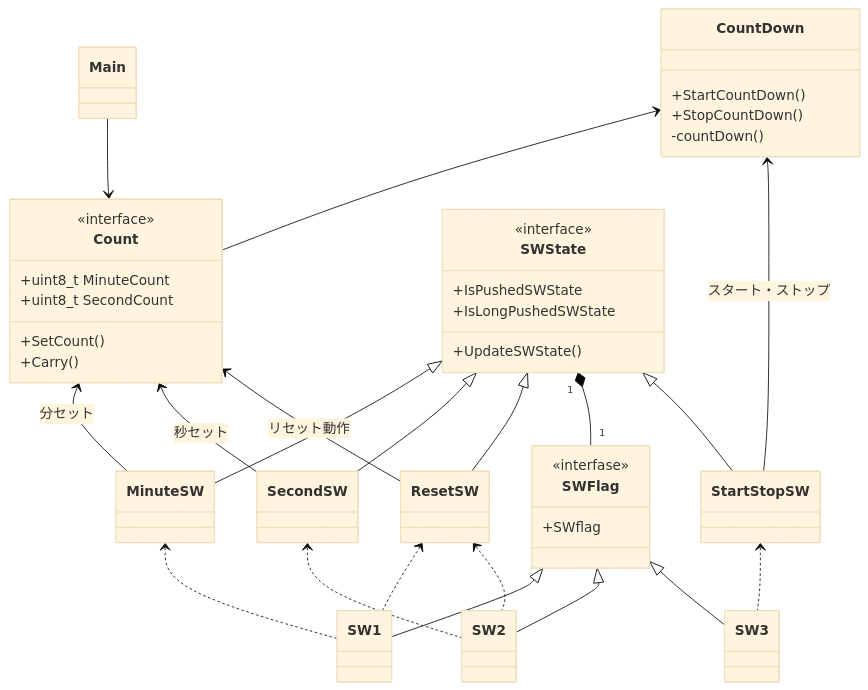
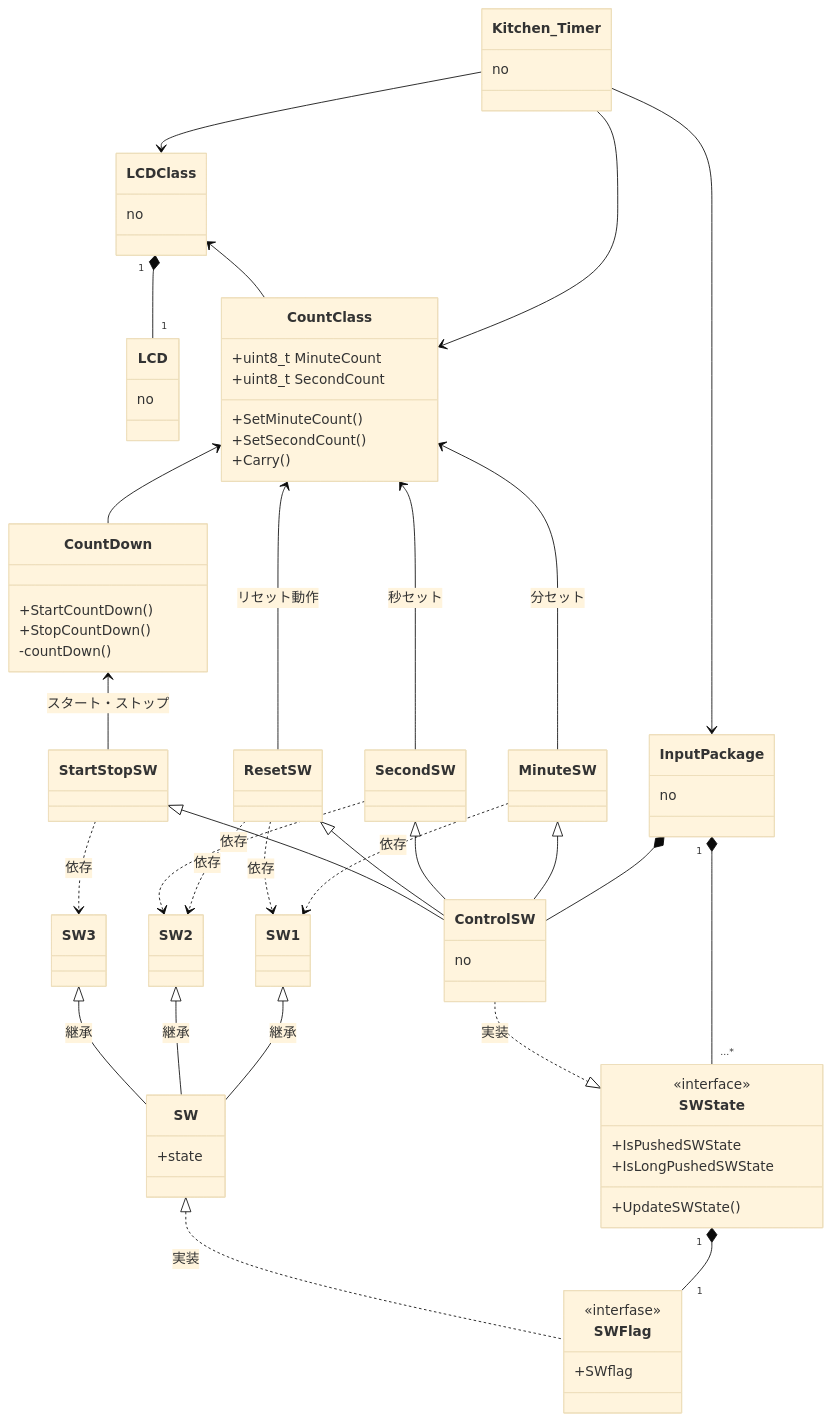
Before and after one commit to hakohumi/comp.Kitchen_Timer: the diagram in 資料/設計/クラス図_mermaid.md, drawn with Mermaid (base theme). The commit also changed 2 other files, not shown here.

Commit message:
今日の進捗

````diff
--- a/資料/設計/クラス図_mermaid.md
+++ b/資料/設計/クラス図_mermaid.md
@@ -4,16 +4,33 @@
 
 classDiagram
 
-class Main
+class Kitchen_Timer{
+    no
+}
 
-class Count{
-    <<interface>>
+
+class InputPackage{
+    no
+}
+class ControlSW{
+    no
+}
+class LCDClass{
+    no
+}
+class LCD{
+    no
+}
+
+class CountClass{
     +uint8_t MinuteCount
     +uint8_t SecondCount
 
-    +SetCount()
+    +SetMinuteCount()
+    +SetSecondCount()
     +Carry()
 }
+
 
 class CountDown{
     +StartCountDown()
@@ -25,7 +42,7 @@
     <<interface>>
     +IsPushedSWState
     +IsLongPushedSWState
-    
+
     +UpdateSWState()
 }
 
@@ -34,31 +51,57 @@
     +SWflag
 }
 
-Main --> Count
 
-CountDown <-- Count
+Kitchen_Timer --> InputPackage
+Kitchen_Timer --> CountClass
 
-SWState <|-- MinuteSW
-SWState <|-- SecondSW
-SWState <|-- ResetSW
-SWState "1" *-- "1" SWFlag
-SWState <|-- StartStopSW
+
+
+InputPackage "1" *-- "...*"SWState
+InputPackage *-- ControlSW
+
+ControlSW ..|> SWState : 実装
+
+
+class SW{
+    +state
+}
+
+
+
+SW1 <|-- SW : 継承
+SW2 <|-- SW : 継承
+SW3 <|-- SW : 継承
+
+MinuteSW ..> SW1 : 依存
+ResetSW ..> SW1 : 依存
+ResetSW ..> SW2 : 依存
+SecondSW ..> SW2 : 依存
+StartStopSW ..> SW3 : 依存
+
+MinuteSW <|-- ControlSW
+SecondSW <|-- ControlSW
+ResetSW <|-- ControlSW
+StartStopSW <|-- ControlSW
+
+CountClass <-- MinuteSW : 分セット
+CountClass <-- SecondSW : 秒セット
+CountClass <-- ResetSW : リセット動作
+
+CountClass <-- CountDown
 
 CountDown <-- StartStopSW : スタート・ストップ
 
-SWFlag <|-- SW1
-SWFlag <|-- SW2
-SWFlag <|-- SW3
 
-ResetSW <.. SW1
-ResetSW <.. SW2
 
-MinuteSW <.. SW1
-SecondSW <.. SW2
-StartStopSW <.. SW3
 
-Count <-- MinuteSW : 分セット
-Count <-- SecondSW : 秒セット
-Count <-- ResetSW : リセット動作
+SWState "1" *-- "1" SWFlag
+SW <|.. SWFlag : 実装
+
+Kitchen_Timer --> LCDClass
+LCDClass "1" *-- "1" LCD
+
+LCDClass <-- CountClass
+
 
 ```
````
